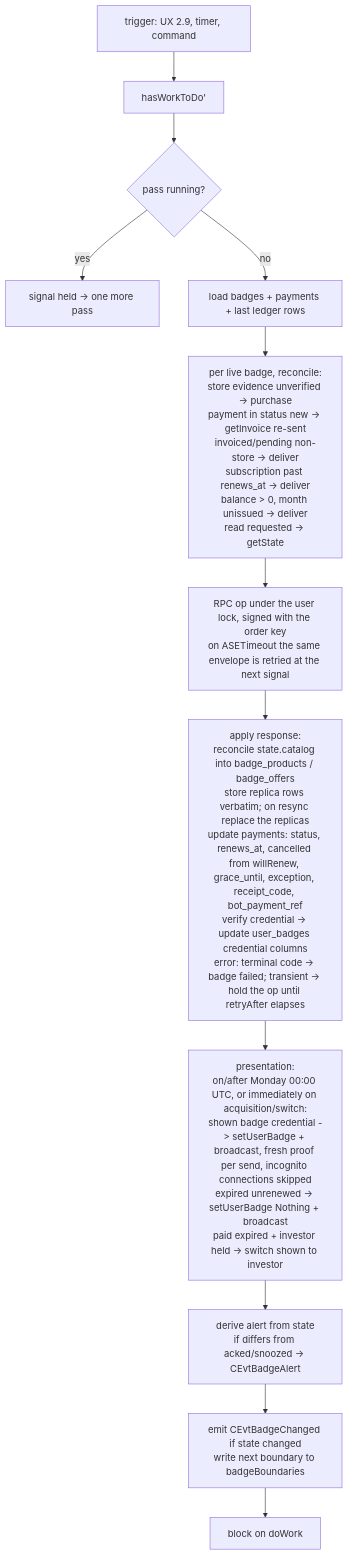
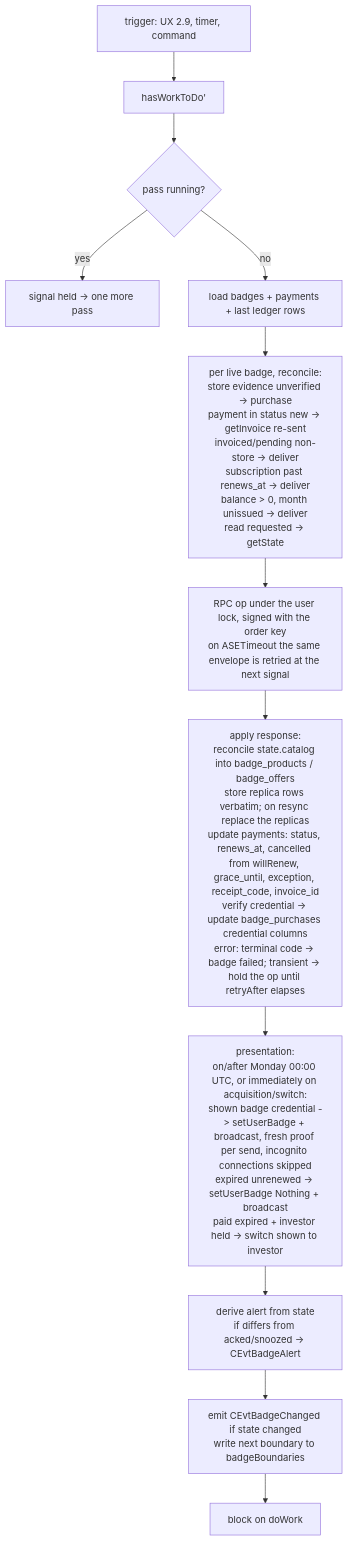
Before and after one commit to simplex-chat/simplex-chat: the first of 4 diagrams in plans/2026-07-31-badges-core-implementation.md, drawn with Mermaid. The commit also changed other lines of this file and 5 other files, not shown here.

````diff
--- a/plans/2026-07-31-badges-core-implementation.md
+++ b/plans/2026-07-31-badges-core-implementation.md
@@ -216,14 +219,14 @@
 ```mermaid
 flowchart TD
   T[trigger: UX 2.9, timer, command] --> S[hasWorkToDo']
   S --> W{pass running?}
   W -- yes --> H[signal held -> one more pass]
   W -- no --> A[load badges + payments + last ledger rows]
   A --> B[per live badge, reconcile:\nstore evidence unverified -> purchase\npayment in status new -> getInvoice re-sent\ninvoiced/pending non-store -> deliver\nsubscription past renews_at -> deliver\nbalance > 0, month unissued -> deliver\nread requested -> getState]
   B --> C[RPC op under the user lock, signed with the order key\non ASETimeout the same envelope is retried at the next signal]
-  C --> D[apply response:\nreconcile state.catalog into badge_products / badge_offers\nstore replica rows verbatim; on resync replace the replicas\nupdate payments: status, renews_at, cancelled from willRenew, grace_until, exception, receipt_code, bot_payment_ref\nverify credential -> update user_badges credential columns\nerror: terminal code -> badge failed; transient -> hold the op until retryAfter elapses]
+  C --> D[apply response:\nreconcile state.catalog into badge_products / badge_offers\nstore replica rows verbatim; on resync replace the replicas\nupdate payments: status, renews_at, cancelled from willRenew, grace_until, exception, receipt_code, invoice_id\nverify credential -> update badge_purchases credential columns\nerror: terminal code -> badge failed; transient -> hold the op until retryAfter elapses]
   D --> E[presentation:\non/after Monday 00:00 UTC, or immediately on acquisition/switch:\nshown badge credential -> setUserBadge + broadcast, fresh proof per send, incognito connections skipped\nexpired unrenewed -> setUserBadge Nothing + broadcast\npaid expired + investor held -> switch shown to investor]
   E --> F[derive alert from state\nif differs from acked/snoozed -> CEvtBadgeAlert]
   F --> G[emit CEvtBadgeChanged if state changed\nwrite next boundary to badgeBoundaries]
   G --> I[block on doWork]
 ```
````
